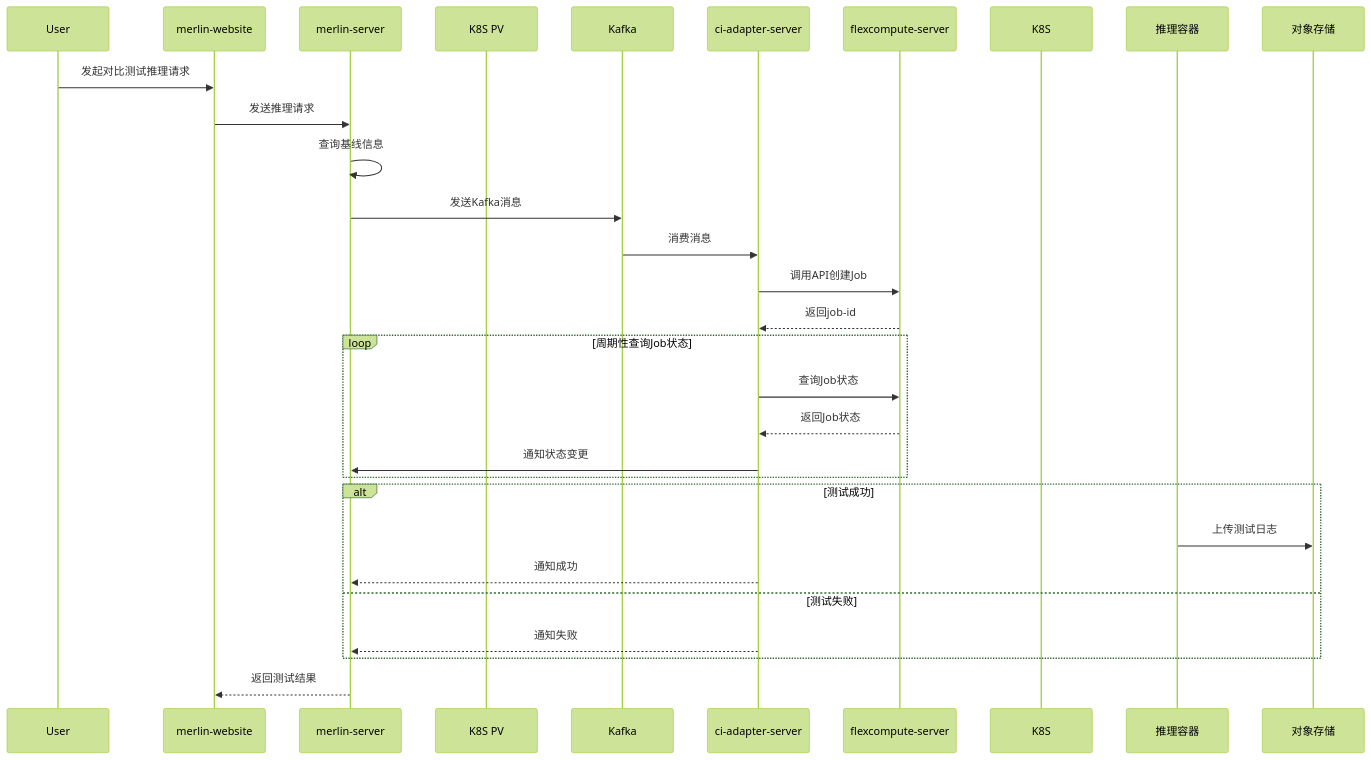
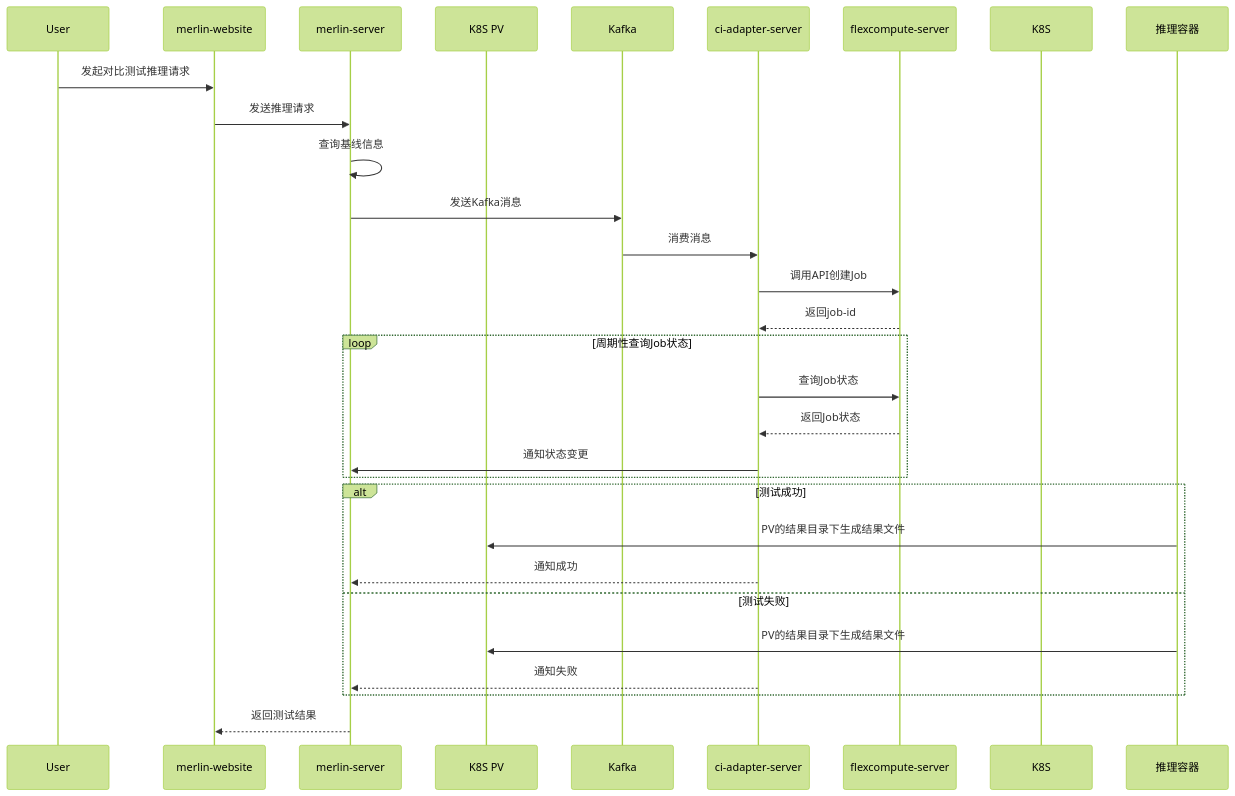
Diagram 12 of 12 in 模型精度性能测试自动化.md (pillumina/design-proposal), drawn with Mermaid (forest theme) before and after one commit. The commit also changed other lines of this file, not shown here.

````diff
--- a/模型精度性能测试自动化.md
+++ b/模型精度性能测试自动化.md
@@ -1241,33 +1245,33 @@
 ```mermaid
 sequenceDiagram
     participant User
     participant Frontend as merlin-website
     participant Server as merlin-server
     participant Storage as K8S PV
     participant Kafka
     participant Adapter as ci-adapter-server
     participant Flex as flexcompute-server
     participant K8S
     participant Job as 推理容器
-    participant OBS as 对象存储
 
     User ->> Frontend: 发起对比测试推理请求
     Frontend ->> Server: 发送推理请求
     Server ->> Server: 查询基线信息
     Server ->> Kafka: 发送Kafka消息
     Kafka ->> Adapter: 消费消息
     Adapter ->> Flex: 调用API创建Job
     Flex -->> Adapter: 返回job-id
     loop 周期性查询Job状态
         Adapter ->> Flex: 查询Job状态
         Flex -->> Adapter: 返回Job状态
         Adapter ->> Server: 通知状态变更
     end
     alt 测试成功
-        Job ->> OBS: 上传测试日志
+        Job ->> Storage: PV的结果目录下生成结果文件
         Adapter -->> Server: 通知成功
     else 测试失败
+    	  Job ->> Storage: PV的结果目录下生成结果文件
         Adapter -->> Server: 通知失败
     end
     Server -->> Frontend: 返回测试结果
 ```
````
